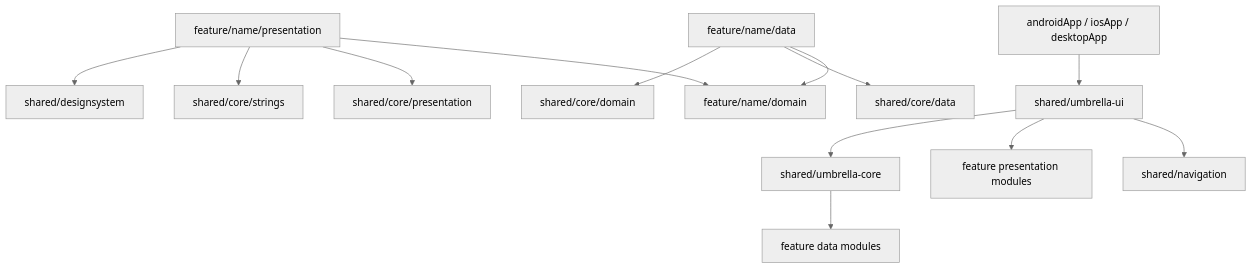
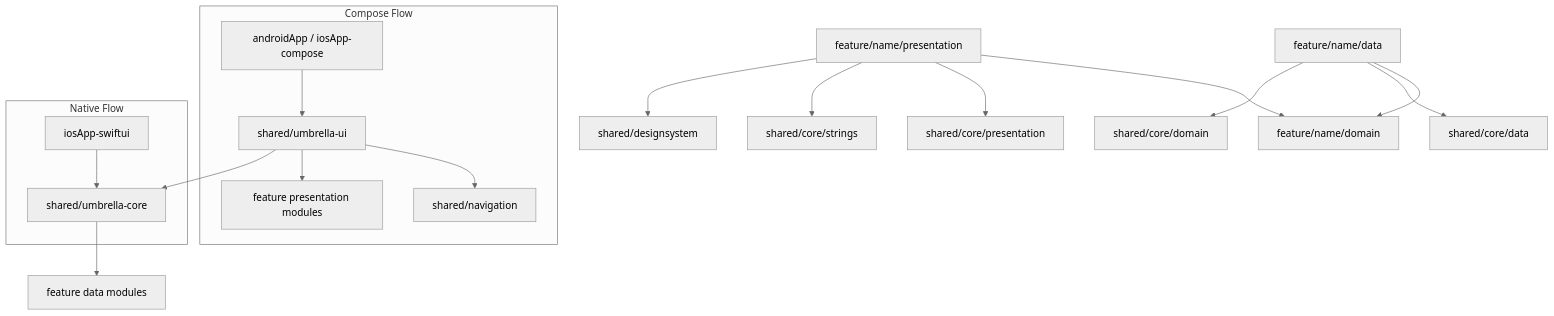
The fourth of 8 diagrams in ONBOARDING.md (Helmy2/Dream), drawn with Mermaid (neutral theme) before and after one commit. The commit also changed other lines of this file and 111 other files, not shown here.

Commit message:
Overhaul template: remove desktopApp, finalize iosApp-swiftui with design system, upgrade libs, refactor sample feature with list/detail screens and create sheet

````diff
--- a/ONBOARDING.md
+++ b/ONBOARDING.md
@@ -111,15 +111,20 @@
 ```mermaid
 flowchart TD
     Presentation[feature/name/presentation] --> Domain[feature/name/domain]
     Data[feature/name/data] --> Domain
     Presentation --> SharedPresentation[shared/core/presentation]
     Presentation --> Strings[shared/core/strings]
     Presentation --> Design[shared/designsystem]
     Data --> SharedData[shared/core/data]
     Data --> SharedDomain[shared/core/domain]
-    Host[androidApp / iosApp / desktopApp] --> UmbrellaUI[shared/umbrella-ui]
-    UmbrellaUI --> Navigation[shared/navigation]
-    UmbrellaUI --> FeatureUI[feature presentation modules]
-    UmbrellaUI --> UmbrellaCore[shared/umbrella-core]
+    subgraph Compose Flow
+        HostC[androidApp / iosApp-compose] --> UmbrellaUI[shared/umbrella-ui]
+        UmbrellaUI --> Navigation[shared/navigation]
+        UmbrellaUI --> FeatureUI[feature presentation modules]
+    end
+    subgraph Native Flow
+        HostS[iosApp-swiftui] --> UmbrellaCore[shared/umbrella-core]
+    end
+    UmbrellaUI --> UmbrellaCore
     UmbrellaCore --> FeatureData[feature data modules]
 ```
````
